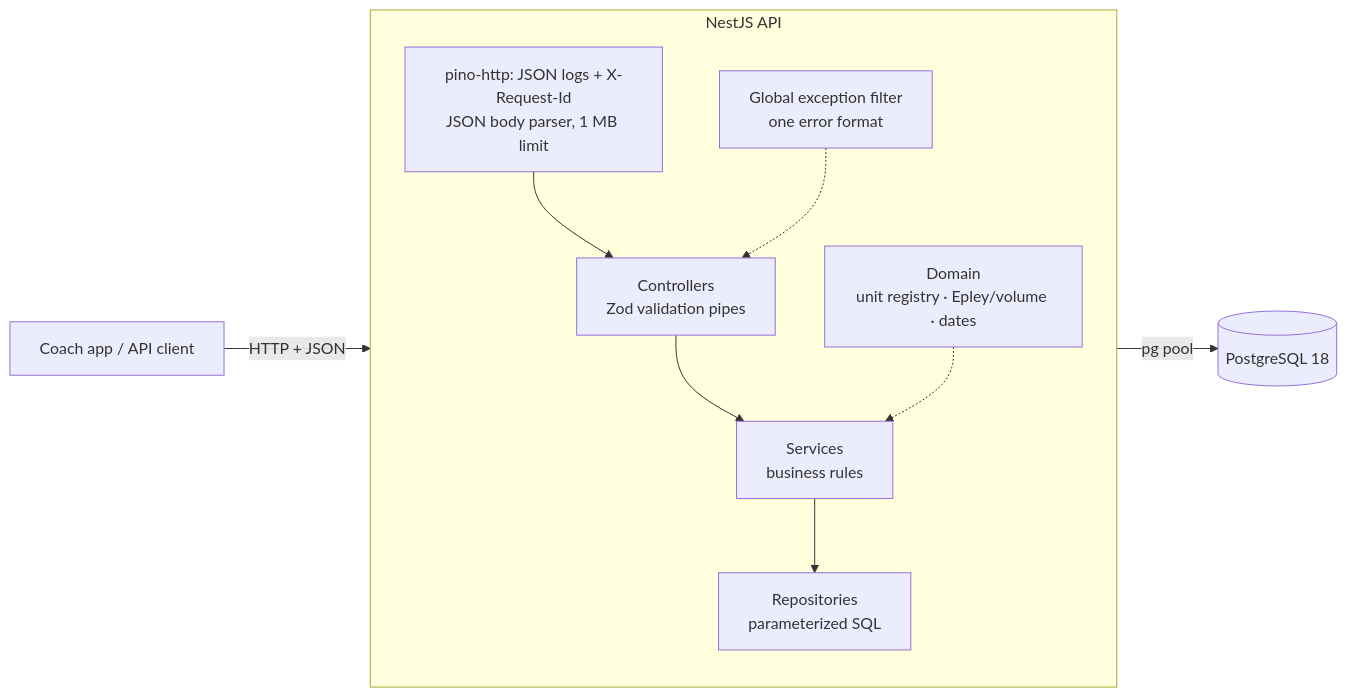
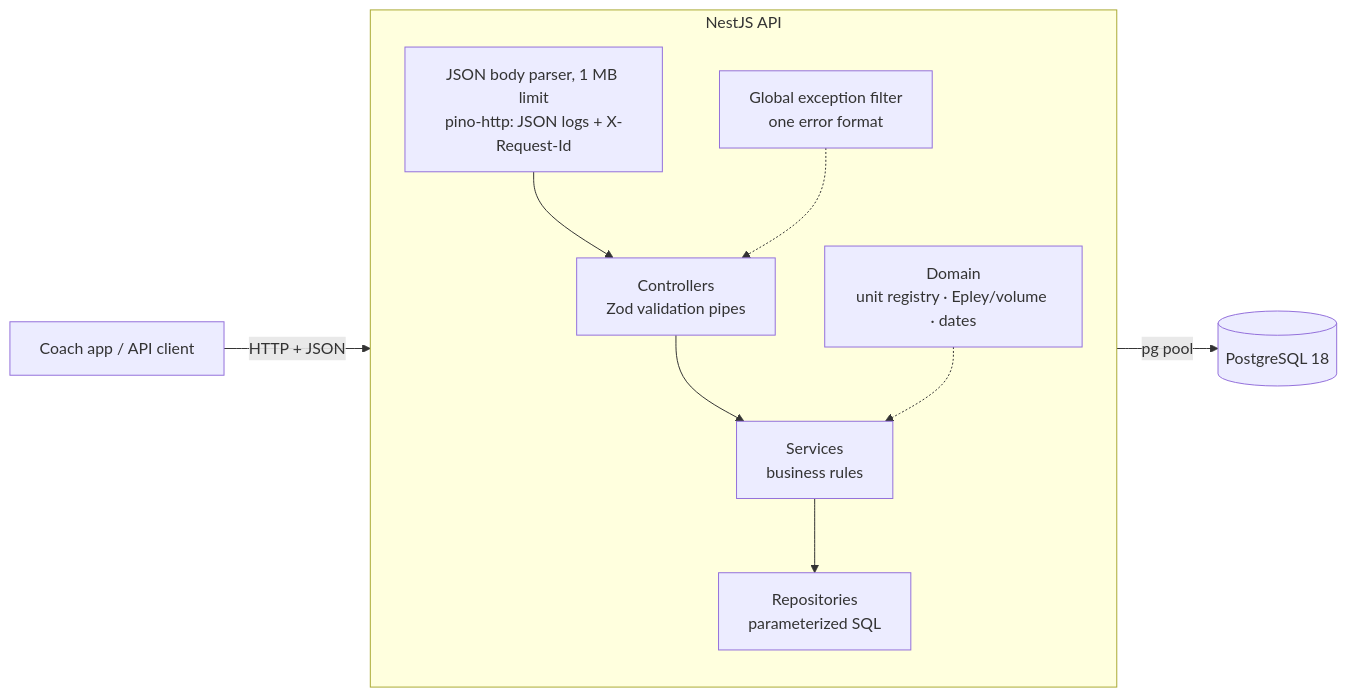
One commit to anhntt96/workout_api_log changed the first of 2 diagrams in README.md. Above: the diagram before and after it, drawn with Mermaid. The commit also changed other lines of this file and 4 other files, not shown here.

````diff
--- a/README.md
+++ b/README.md
@@ -61,13 +61,13 @@
 ```mermaid
 flowchart LR
   client[Coach app / API client] -->|HTTP + JSON| http
   subgraph app[NestJS API]
     direction TB
-    http[pino-http: JSON logs + X-Request-Id<br/>JSON body parser, 1 MB limit] --> controllers
+    http[JSON body parser, 1 MB limit<br/>pino-http: JSON logs + X-Request-Id] --> controllers
     controllers[Controllers<br/>Zod validation pipes] --> services[Services<br/>business rules]
     services --> repositories[Repositories<br/>parameterized SQL]
     domain[Domain<br/>unit registry · Epley/volume · dates] -.-> services
     filter[Global exception filter<br/>one error format] -.-> controllers
   end
   repositories -->|pg pool| db[(PostgreSQL 18)]
 ```
````
